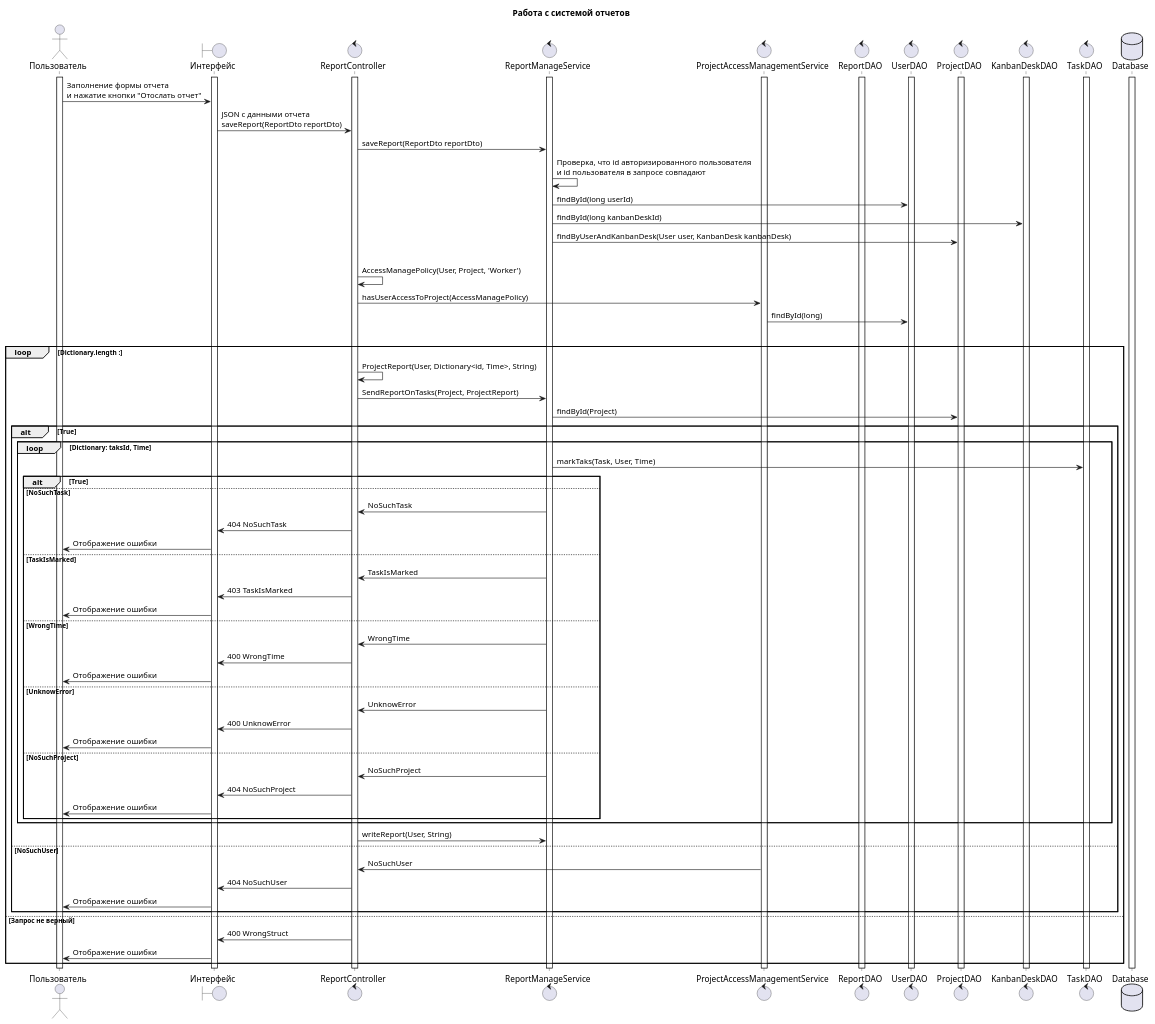
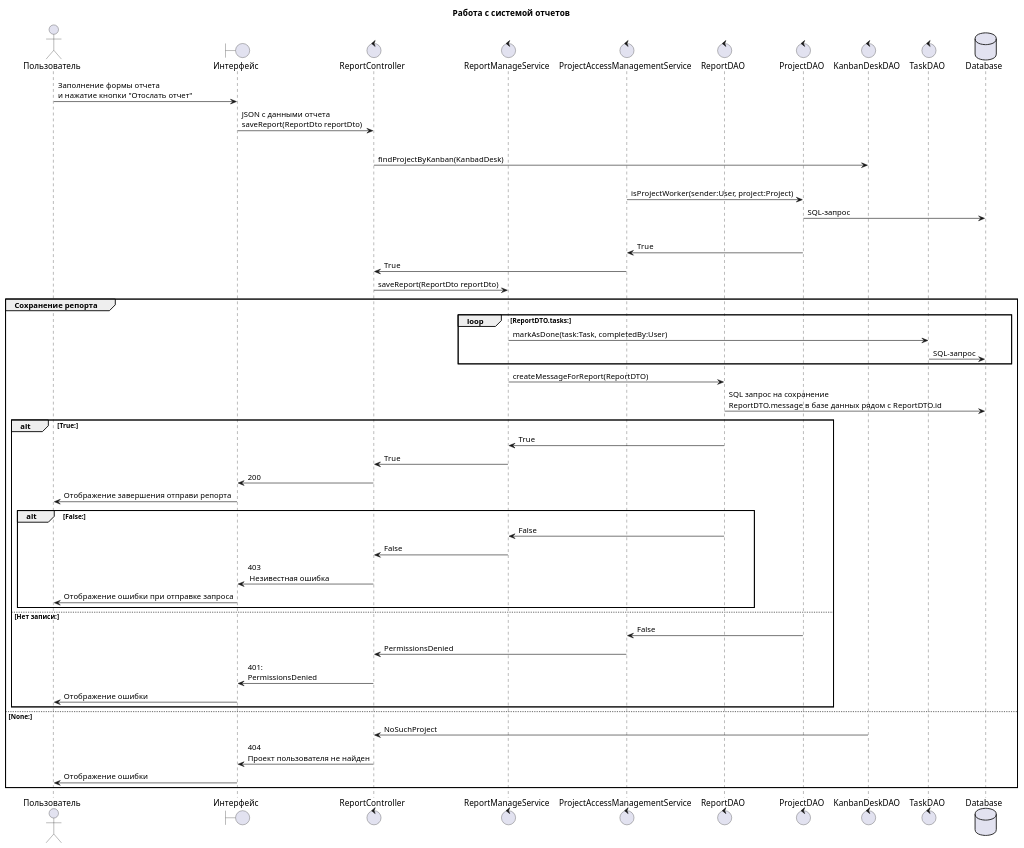
Before and after one commit to penamarth/bsbo-02-21_team_var7_erp: the diagram in UML diagrams/Sequence diagrams/manage-reports-sequence.wsd, drawn with PlantUML. The commit also changed 2 other files, not shown here.

Commit message:
Created reports diagram

```diff
--- a/UML diagrams/Sequence diagrams/manage-reports-sequence.wsd
+++ b/UML diagrams/Sequence diagrams/manage-reports-sequence.wsd
@@ -1,93 +1,67 @@
 @startuml sequence
 title Работа с системой отчетов
 
 actor Пользователь as user
 
 boundary "Интерфейс" as site
+
 control ReportController as rcont
 control ReportManageService as rmserv
 control ProjectAccessManagementService as amserv
+
 control ReportDAO as rdao
-control UserDAO as udao
 control ProjectDAO as pdao
 control KanbanDeskDAO as kdao
+
 control TaskDAO as tdao
 database Database as db
 
-activate user
-activate site
-activate rcont
-activate rmserv
-activate amserv
-activate rdao
-activate udao
-activate pdao
-activate kdao
-activate tdao
-activate db
+user -> site : Заполнение формы отчета\nи нажатие кнопки "Отослать отчет"
+site -> rcont : JSON с данными отчета \nsaveReport(ReportDto reportDto)
 
 
-user -> site : Заполнение формы отчета\nи нажатие кнопки "Отослать отчет"
-site -> rcont : JSON с данными отчета \nsaveReport(ReportDto reportDto)
-rcont -> rmserv : saveReport(ReportDto reportDto)
+group Проверка доступа
+    rcont -> kdao : findProjectByKanban(KanbadDesk)
+    alt Project:
 
-rmserv -> rmserv : Проверка, что id авторизированного пользователя\nи id пользователя в запросе совпадают
+        amserv -> pdao : isProjectWorker(sender:User, project:Project)
+        pdao -> db : SQL-запрос
+        alt Есть запись:
+            amserv <- pdao : True
+            rcont <- amserv : True
+            rcont -> rmserv : saveReport(ReportDto reportDto)
+            group Сохранение репорта
+                loop ReportDTO.tasks:
+                    rmserv -> tdao : markAsDone(task:Task, completedBy:User)
+                    tdao -> db : SQL-запрос
+                end
+                rmserv -> rdao : createMessageForReport(ReportDTO)
+                rdao -> db : SQL запрос на сохранение\nReportDTO.message в базе данных рядом с ReportDTO.id
+                alt True:
+                    rmserv <- rdao : True
+                    rcont <- rmserv : True
+                    site <- rcont : 200
+                    user <- site : Отображение завершения отправи репорта
+                alt False:
+                    rmserv <- rdao : False
+                    rcont <- rmserv : False
+                    site <- rcont : 403\n Незивестная ошибка
+                    user <- site : Отображение ошибки при отправке запроса
+            end
+        else Нет записи:
+            amserv <- pdao : False
+            rcont <- amserv : PermissionsDenied
+            site <- rcont : 401:\nPermissionsDenied
+            user <- site : Отображение ошибки
+        end
+    else None:
+        rcont <- kdao : NoSuchProject
+        site <- rcont : 404\nПроект пользователя не найден
+        user <- site : Отображение ошибки
 
-rmserv -> udao : findById(long userId)
-
-rmserv -> kdao : findById(long kanbanDeskId)
-
-rmserv -> pdao : findByUserAndKanbanDesk(User user, KanbanDesk kanbanDesk)
+end
 
 
-alt Запрос верный
-    rcont -> rcont : AccessManagePolicy(User, Project, 'Worker')
-    rcont -> amserv : hasUserAccessToProject(AccessManagePolicy)
-    amserv -> udao : findById(long)   
-    alt User
-        loop Dictionary.length :  
-            rcont -> rcont : ProjectReport(User, Dictionary<id, Time>, String)
-            rcont -> rmserv : SendReportOnTasks(Project, ProjectReport)
-            rmserv -> pdao : findById(Project)
-            alt True
-                loop Dictionary: taksId, Time
-                    rmserv -> tdao : markTaks(Task, User, Time)
-                    alt True
-                        
-                        
-                    else NoSuchTask
-                        rcont <- rmserv : NoSuchTask
-                        site <- rcont : 404 NoSuchTask
-                        user <- site : Отображение ошибки
-                    else TaskIsMarked
-                        rcont <- rmserv : TaskIsMarked
-                        site <- rcont : 403 TaskIsMarked
-                        user <- site : Отображение ошибки
-                    else WrongTime
-                        rcont <- rmserv : WrongTime
-                        site <- rcont : 400 WrongTime
-                        user <- site : Отображение ошибки
-                    else UnknowError
-                        rcont <- rmserv : UnknowError
-                        site <- rcont : 400 UnknowError
-                        user <- site : Отображение ошибки
-            else NoSuchProject
-                rcont <- rmserv : NoSuchProject
-                site <- rcont : 404 NoSuchProject
-                user <- site : Отображение ошибки
-            end
-        end
-        rcont -> rmserv : writeReport(User, String)
 
-    else NoSuchUser
-        rcont <- amserv : NoSuchUser
-        site <- rcont : 404 NoSuchUser
-        user <- site : Отображение ошибки
-    end
-
-else Запрос не верный
-    site <- rcont : 400 WrongStruct
-    user <- site : Отображение ошибки
-end
 
 @enduml
```
